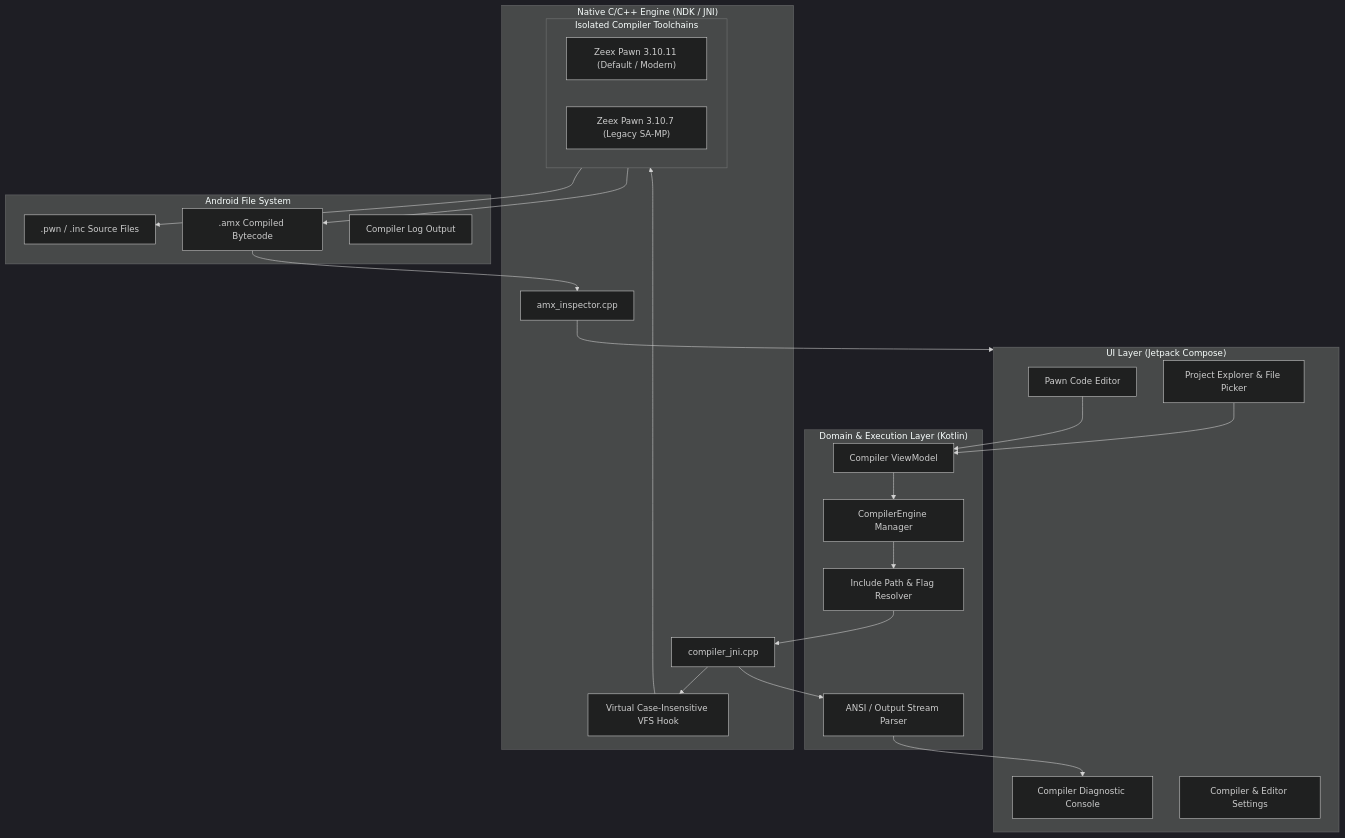
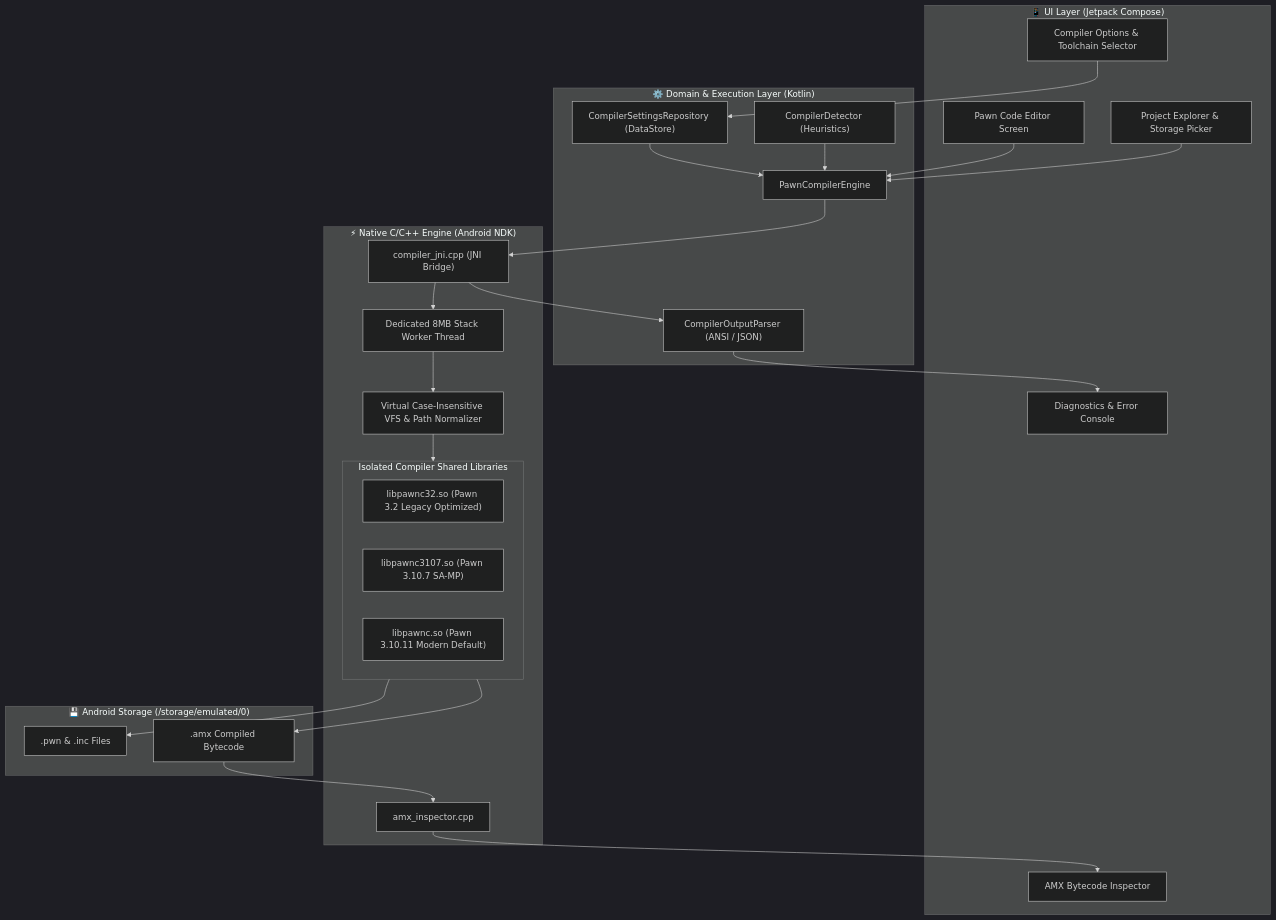
The diagram in README.md (DrgxByteZone/Pawno-Studio-Mobile), drawn with Mermaid (dark theme) before and after one commit. The commit also changed other lines of this file and 9 other files, not shown here.

````diff
--- a/README.md
+++ b/README.md
@@ -58,46 +94,55 @@
 ```mermaid
 graph TD
-    subgraph UI_Layer["UI Layer (Jetpack Compose)"]
-        Editor["Pawn Code Editor"]
-        FileManager["Project Explorer & File Picker"]
-        Console["Compiler Diagnostic Console"]
-        Settings["Compiler & Editor Settings"]
+    subgraph UI_Layer["📱 UI Layer (Jetpack Compose)"]
+        Editor["Pawn Code Editor Screen"]
+        FilePicker["Project Explorer & Storage Picker"]
+        Console["Diagnostics & Error Console"]
+        Settings["Compiler Options & Toolchain Selector"]
+        AMXView["AMX Bytecode Inspector"]
     end
 
-    subgraph Domain_Layer["Domain & Execution Layer (Kotlin)"]
-        CompileVM["Compiler ViewModel"]
-        EngineManager["CompilerEngine Manager"]
-        PathResolver["Include Path & Flag Resolver"]
-        LogParser["ANSI / Output Stream Parser"]
+    subgraph Domain_Layer["⚙️ Domain & Execution Layer (Kotlin)"]
+        Engine["PawnCompilerEngine"]
+        Detector["CompilerDetector (Heuristics)"]
+        SettingsRepo["CompilerSettingsRepository (DataStore)"]
+        OutputParser["CompilerOutputParser (ANSI / JSON)"]
     end
 
-    subgraph Native_Layer["Native C/C++ Engine (NDK / JNI)"]
-        JNIBridge["compiler_jni.cpp"]
-        subgraph Compilers["Isolated Compiler Toolchains"]
-            Pawn11["Zeex Pawn 3.10.11 (Default / Modern)"]
-            Pawn7["Zeex Pawn 3.10.7 (Legacy SA-MP)"]
+    subgraph Native_Layer["⚡ Native C/C++ Engine (Android NDK)"]
+        JNI["compiler_jni.cpp (JNI Bridge)"]
+        Worker["Dedicated 8MB Stack Worker Thread"]
+        VFS["Virtual Case-Insensitive VFS & Path Normalizer"]
+        
+        subgraph Toolchains["Isolated Compiler Shared Libraries"]
+            P32["libpawnc32.so (Pawn 3.2 Legacy Optimized)"]
+            P107["libpawnc3107.so (Pawn 3.10.7 SA-MP)"]
+            P1011["libpawnc.so (Pawn 3.10.11 Modern Default)"]
         end
-        VFS["Virtual Case-Insensitive VFS Hook"]
+        
         AMXInspector["amx_inspector.cpp"]
     end
 
-    subgraph Storage["Android File System"]
-        PWN[".pwn / .inc Source Files"]
+    subgraph Storage["💾 Android Storage (/storage/emulated/0)"]
+        PWN[".pwn & .inc Files"]
         AMX[".amx Compiled Bytecode"]
-        LogOutput["Compiler Log Output"]
     end
 
-    Editor --> CompileVM
-    FileManager --> CompileVM
-    CompileVM --> EngineManager
-    EngineManager --> PathResolver
-    PathResolver --> JNIBridge
-    JNIBridge --> VFS
-    VFS --> Compilers
-    Compilers --> PWN
-    Compilers --> AMX
-    JNIBridge --> LogParser
-    LogParser --> Console
+    Editor --> Engine
+    FilePicker --> Engine
+    Settings --> SettingsRepo
+    SettingsRepo --> Engine
+    Detector --> Engine
+    
+    Engine --> JNI
+    JNI --> Worker
+    Worker --> VFS
+    VFS --> Toolchains
+    
+    Toolchains --> PWN
+    Toolchains --> AMX
+    
+    JNI --> OutputParser
+    OutputParser --> Console
     AMX --> AMXInspector
-    AMXInspector --> UI_Layer
+    AMXInspector --> AMXView
 ```
````
